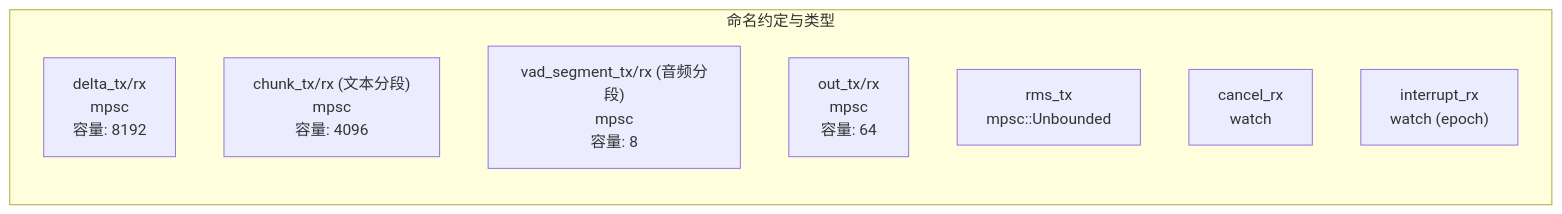
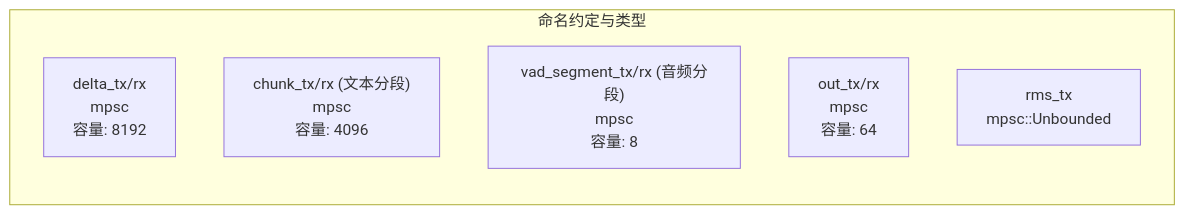
One commit to sanshanya/rcat-voice changed the first of 4 diagrams in docs/ARCHITECTURE.md. Above: the diagram before and after it, drawn with Mermaid. The commit also changed other lines of this file and 24 other files, not shown here.

````diff
--- a/docs/ARCHITECTURE.md
+++ b/docs/ARCHITECTURE.md
@@ -89,12 +97,10 @@
 ```mermaid
 flowchart LR
     subgraph Channels["命名约定与类型"]
         D["delta_tx/rx<br/>mpsc<String><br/>容量: 8192"]
         C["chunk_tx/rx (文本分段)<br/>mpsc<Segment><br/>容量: 4096"]
         S["vad_segment_tx/rx (音频分段)<br/>mpsc<VadSegment><br/>容量: 8"]
         A["out_tx/rx<br/>mpsc<AsrSegment><br/>容量: 64"]
         R["rms_tx<br/>mpsc::Unbounded"]
-        CA["cancel_rx<br/>watch<bool>"]
-        IN["interrupt_rx<br/>watch<u64> (epoch)"]
     end
 ```
````
